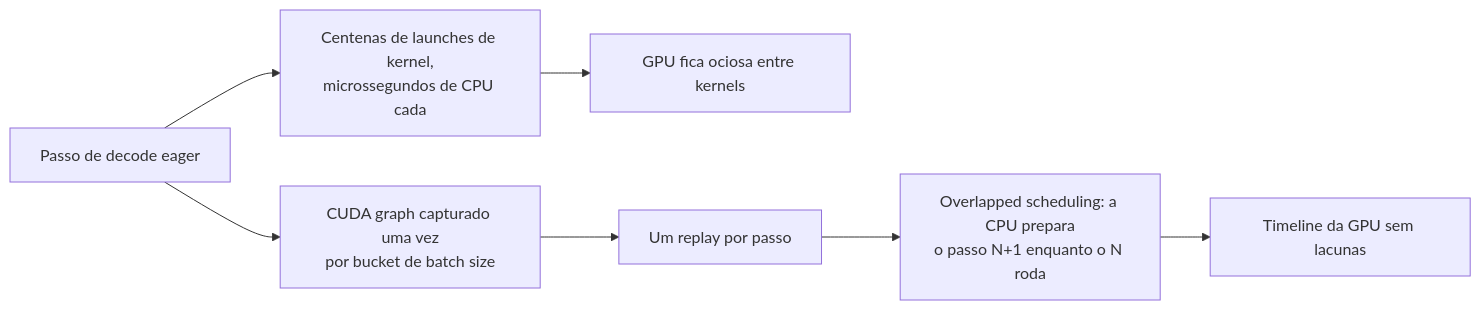
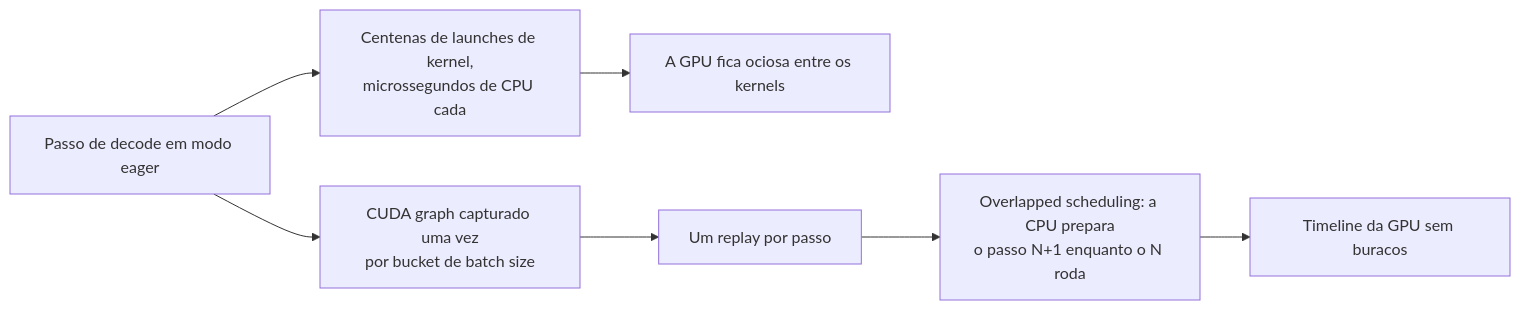
One commit to andrevberaldo/AI-Engineer-Interview-Questions changed diagram 16 of 28 in 08-inference-and-production/questions.pt-BR.md. Above: the diagram before and after it, drawn with Mermaid. The commit also changed other lines of this file and 1 other file, not shown here.

````diff
--- a/08-inference-and-production/questions.pt-BR.md
+++ b/08-inference-and-production/questions.pt-BR.md
@@ -896,9 +896,9 @@
 ```mermaid
 flowchart LR
-    A["Passo de decode eager"] --> B["Centenas de launches de kernel,<br/>microssegundos de CPU cada"]
-    B --> C["GPU fica ociosa entre kernels"]
+    A["Passo de decode em modo eager"] --> B["Centenas de launches de kernel,<br/>microssegundos de CPU cada"]
+    B --> C["A GPU fica ociosa entre os kernels"]
     A --> D["CUDA graph capturado uma vez<br/>por bucket de batch size"]
     D --> E["Um replay por passo"]
     E --> F["Overlapped scheduling: a CPU prepara<br/>o passo N+1 enquanto o N roda"]
-    F --> G["Timeline da GPU sem lacunas"]
+    F --> G["Timeline da GPU sem buracos"]
 ```
````
